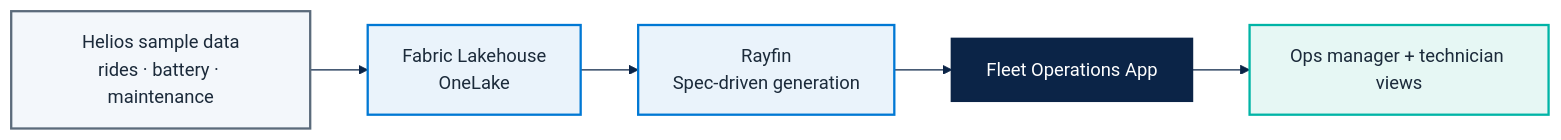
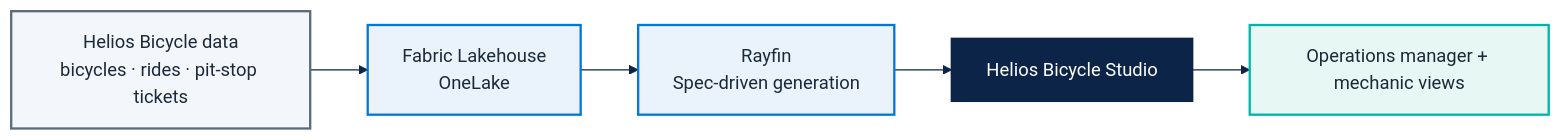
One commit to fredgis/FY27FabricMotion changed the diagram in docs/microhack-1-business-apps-setup.md. Above: the diagram before and after it, drawn with Mermaid. The commit also changed other lines of this file and 27 other files, not shown here.

First line of the commit message:
refactor(scenario1): redesign business app as Helios Bicycle

````diff
--- a/docs/microhack-1-business-apps-setup.md
+++ b/docs/microhack-1-business-apps-setup.md
@@ -10,22 +10,22 @@
 ```mermaid
 %%{init: {'theme':'base','themeVariables':{
   'primaryColor':'#EAF3FB',
   'primaryTextColor':'#1B2A3A',
   'primaryBorderColor':'#0078D4',
   'lineColor':'#0B2447',
   'secondaryColor':'#E6F7F4'
 }}}%%
 flowchart LR
-    D["Helios sample data<br/>rides · battery · maintenance"] --> L["Fabric Lakehouse<br/>OneLake"]
+    D["Helios Bicycle data<br/>bicycles · rides · pit-stop tickets"] --> L["Fabric Lakehouse<br/>OneLake"]
     L --> R["Rayfin<br/>Spec-driven generation"]
-    R --> A["Fleet Operations App"]
-    A --> U["Ops manager + technician views"]
+    R --> A["Helios Bicycle Studio"]
+    A --> U["Operations manager + mechanic views"]
     classDef src fill:#F3F7FB,stroke:#5B6B7B,color:#1B2A3A,stroke-width:2px;
     classDef fab fill:#EAF3FB,stroke:#0078D4,color:#1B2A3A,stroke-width:2px;
     classDef app fill:#0B2447,stroke:#0B2447,color:#FFFFFF,stroke-width:2px;
     classDef usr fill:#E6F7F4,stroke:#00B4A6,color:#1B2A3A,stroke-width:2px;
     class D src;
     class L,R fab;
     class A app;
     class U usr;
 ```
````
